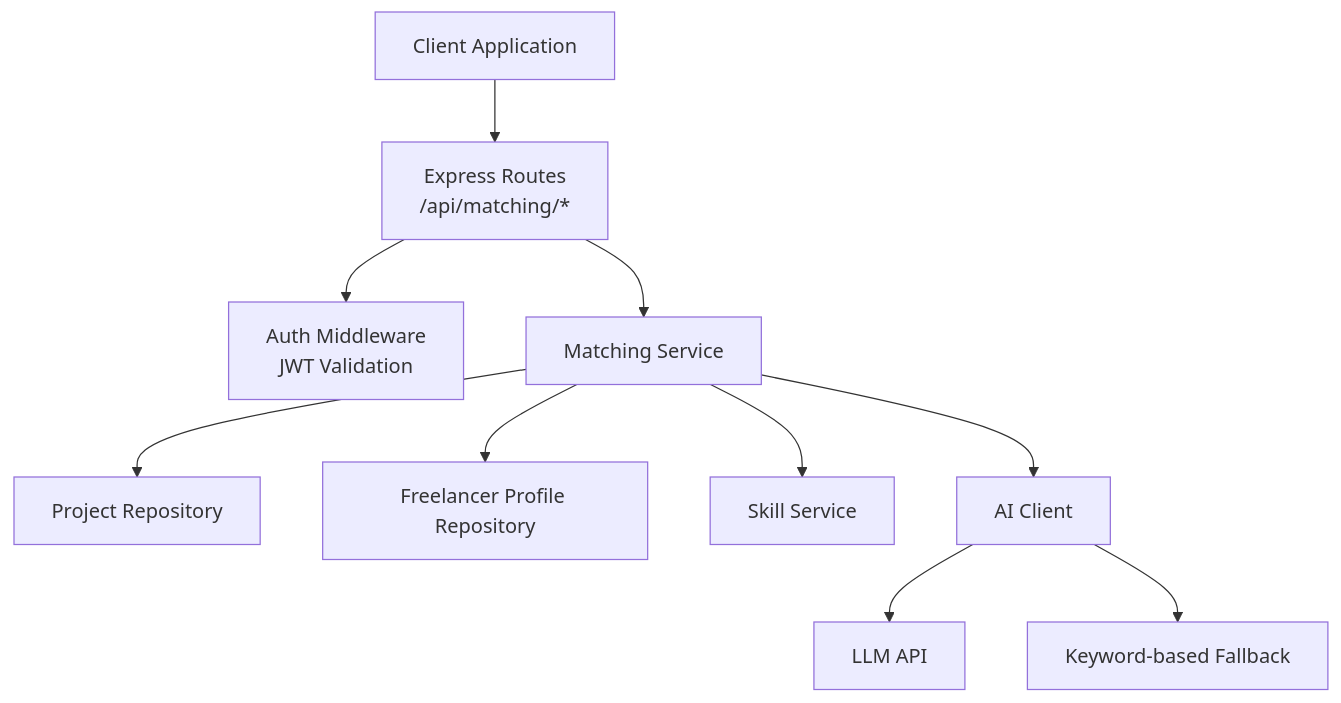
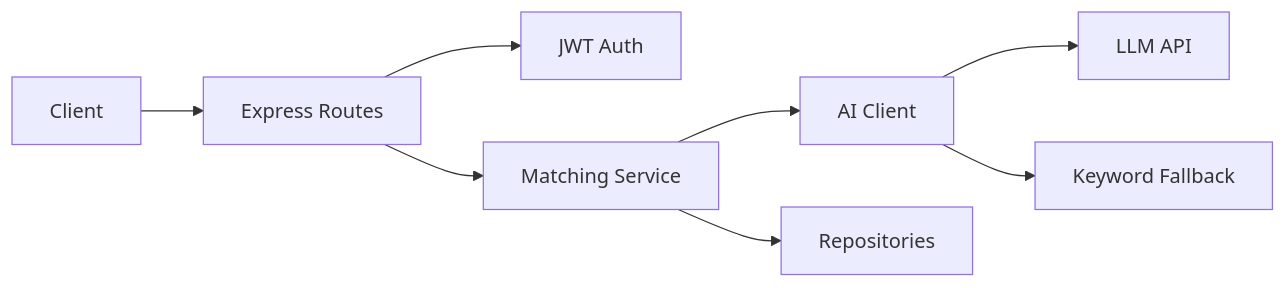
One commit to ProTechPh/FreelanceXchain-api changed the diagram in docs/api/matching.md. Above: the diagram before and after it, drawn with Mermaid. The commit also changed other lines of this file and 17 other files, not shown here.

````diff
--- a/docs/api/matching.md
+++ b/docs/api/matching.md
@@ -30,12 +23,10 @@
 ```mermaid
-graph TB
-Client["Client Application"] --> Routes["Express Routes<br/>/api/matching/*"]
-Routes --> Auth["Auth Middleware<br/>JWT Validation"]
-Routes --> Service["Matching Service"]
-Service --> RepoProj["Project Repository"]
-Service --> RepoFP["Freelancer Profile Repository"]
-Service --> SkillSvc["Skill Service"]
-Service --> AIClient["AI Client"]
-AIClient --> LLM["LLM API"]
-AIClient --> Fallback["Keyword-based Fallback"]
+graph LR
+    Client["Client"] --> Routes["Express Routes"]
+    Routes --> Auth["JWT Auth"]
+    Routes --> Service["Matching Service"]
+    Service --> AI["AI Client"]
+    Service --> Repos["Repositories"]
+    AI --> LLM["LLM API"]
+    AI --> Fallback["Keyword Fallback"]
 ```
````
